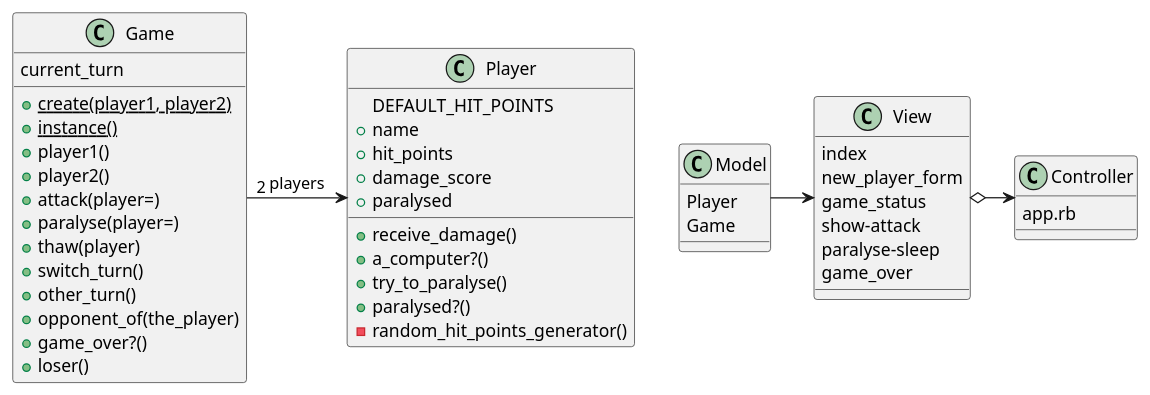
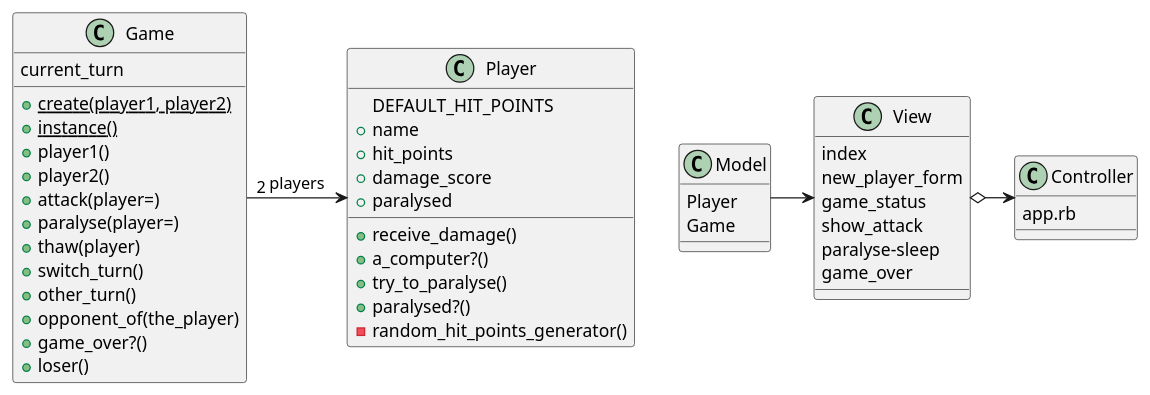
Before and after one commit to meta-morpho-sys/new_battle2: the diagram in battle.puml, drawn with PlantUML. The commit also changed 10 other files, not shown here.

```diff
--- a/battle.puml
+++ b/battle.puml
@@ -1,55 +1,55 @@
 @startuml
 
 class Game {
     +{static} create(player1, player2)
     +{static} instance()
     current_turn
     +player1()
     +player2()
     +attack(player=)
     +paralyse(player=)
     +thaw(player)
     +switch_turn()
     +other_turn()
     +opponent_of(the_player)
     +game_over?()
     +loser()
 }
 
 class Player {
     DEFAULT_HIT_POINTS
     +name
     +hit_points
     +damage_score
     +paralysed
     +receive_damage()
     +a_computer?()
     +try_to_paralyse()
     +paralysed?()
     -random_hit_points_generator()
 }
 
 class Model {
     Player
     Game
 }
 
 class Controller {
     app.rb
 }
 
 class View {
     index
     new_player_form
     game_status
-    show-attack
+    show_attack
     paralyse-sleep
     game_over
 }
 
 Game -> Player :"2" players
 
 Model ->View
 View o-> Controller
 
 @enduml
```
